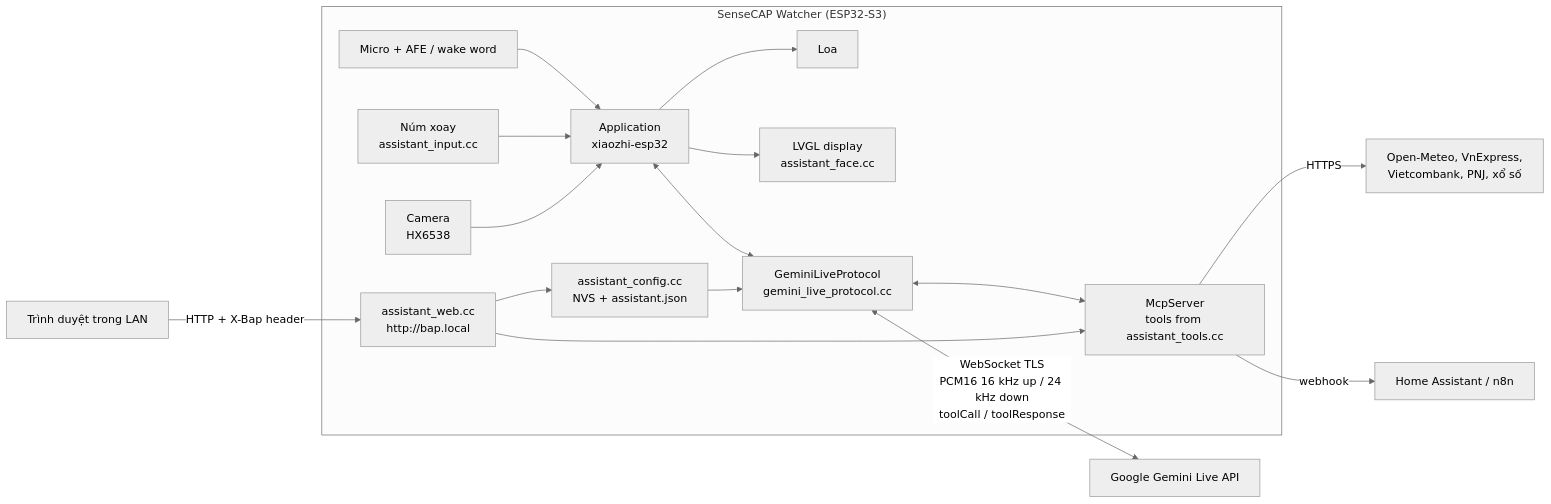
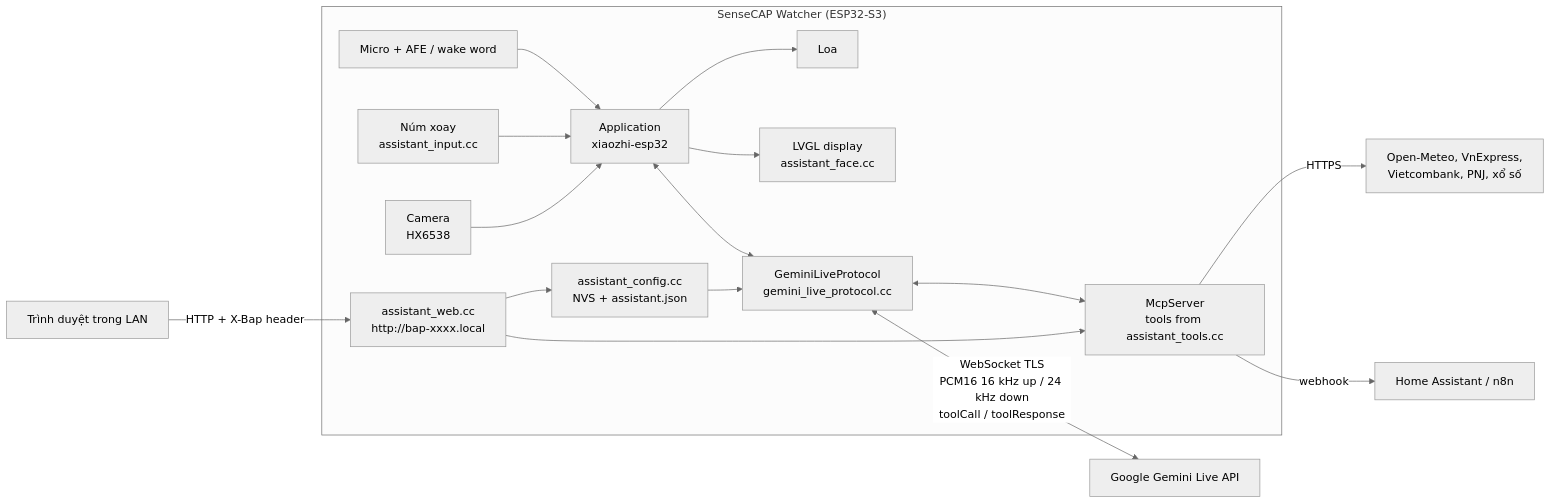
The diagram in README.md (vietanhdev/bap), drawn with Mermaid (neutral theme) before and after one commit. The commit also changed other lines of this file and 12 other files, not shown here.

````diff
--- a/README.md
+++ b/README.md
@@ -139,19 +164,19 @@
 ```mermaid
 flowchart LR
     subgraph Device["SenseCAP Watcher (ESP32-S3)"]
         MIC[Micro + AFE / wake word] --> APP[Application<br/>xiaozhi-esp32]
         APP --> SPK[Loa]
         APP --> DISP[LVGL display<br/>assistant_face.cc]
         WHEEL[Núm xoay<br/>assistant_input.cc] --> APP
         CAM[Camera<br/>HX6538] --> APP
         APP <--> PROTO[GeminiLiveProtocol<br/>gemini_live_protocol.cc]
         PROTO <--> MCP[McpServer<br/>tools from assistant_tools.cc]
         CFG[assistant_config.cc<br/>NVS + assistant.json] --> PROTO
-        WEB[assistant_web.cc<br/>http://bap.local] --> CFG
+        WEB[assistant_web.cc<br/>http://bap-xxxx.local] --> CFG
         WEB --> MCP
     end
     PROTO <-->|"WebSocket TLS<br/>PCM16 16 kHz up / 24 kHz down<br/>toolCall / toolResponse"| GEM[Google Gemini Live API]
     MCP -->|HTTPS| DATA[Open-Meteo, VnExpress,<br/>Vietcombank, PNJ, xổ số]
     MCP -->|webhook| HOOK[Home Assistant / n8n]
     BROWSER[Trình duyệt trong LAN] -->|"HTTP + X-Bap header"| WEB
 ```
````
